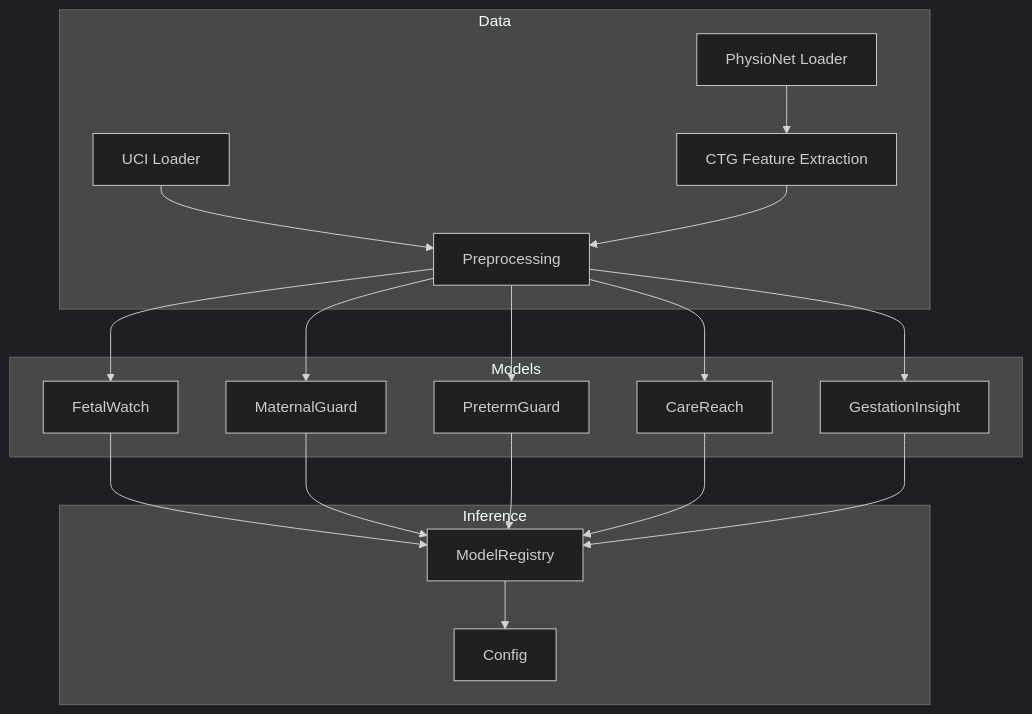
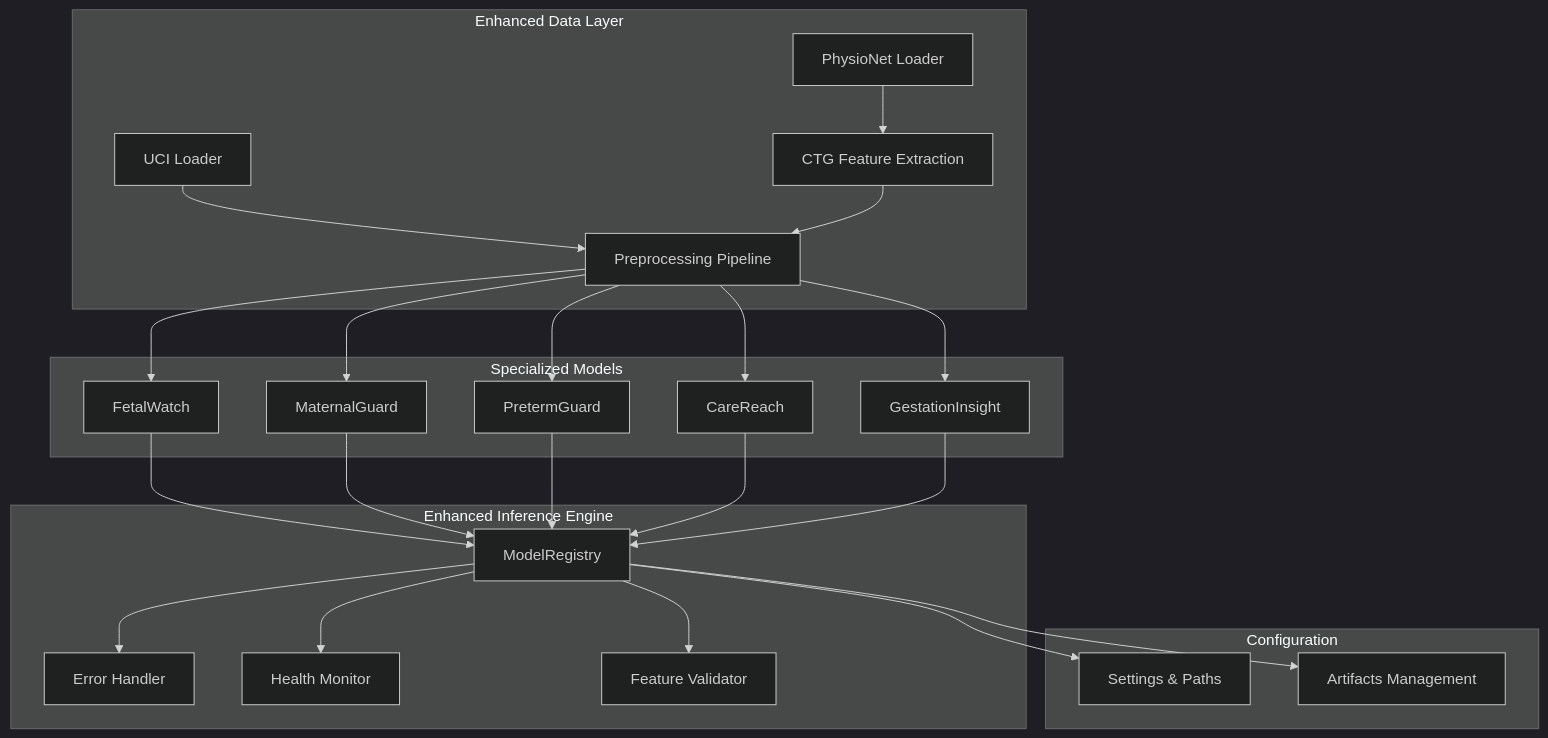
The first of 10 diagrams in .qoder/repowiki/en/content/Machine Learning Models/Machine Learning Models.md (Zafar488/MaHifzat-Ai), drawn with Mermaid (dark theme) before and after one commit. The commit also changed other lines of this file and 360 other files, not shown here.

````diff
--- a/.qoder/repowiki/en/content/Machine Learning Models/Machine Learning Models.md
+++ b/.qoder/repowiki/en/content/Machine Learning Models/Machine Learning Models.md
@@ -45,34 +49,44 @@
 ```mermaid
 graph TB
-subgraph "Data"
+subgraph "Enhanced Data Layer"
 PNL["PhysioNet Loader"]
 UCI["UCI Loader"]
-PREP["Preprocessing"]
+PREP["Preprocessing Pipeline"]
 FEAT["CTG Feature Extraction"]
 end
-subgraph "Models"
+subgraph "Specialized Models"
 FW["FetalWatch"]
 MG["MaternalGuard"]
 PG["PretermGuard"]
 CR["CareReach"]
 GI["GestationInsight"]
 end
-subgraph "Inference"
+subgraph "Enhanced Inference Engine"
 MR["ModelRegistry"]
-CFG["Config"]
+EH["Error Handler"]
+HM["Health Monitor"]
+FM["Feature Validator"]
+end
+subgraph "Configuration"
+CFG["Settings & Paths"]
+ART["Artifacts Management"]
 end
 PNL --> FEAT
 UCI --> PREP
 FEAT --> PREP
 PREP --> FW
 PREP --> MG
 PREP --> PG
 PREP --> CR
 PREP --> GI
 FW --> MR
 MG --> MR
 PG --> MR
 CR --> MR
 GI --> MR
+MR --> EH
+MR --> HM
+MR --> FM
 MR --> CFG
+MR --> ART
 ```
````
